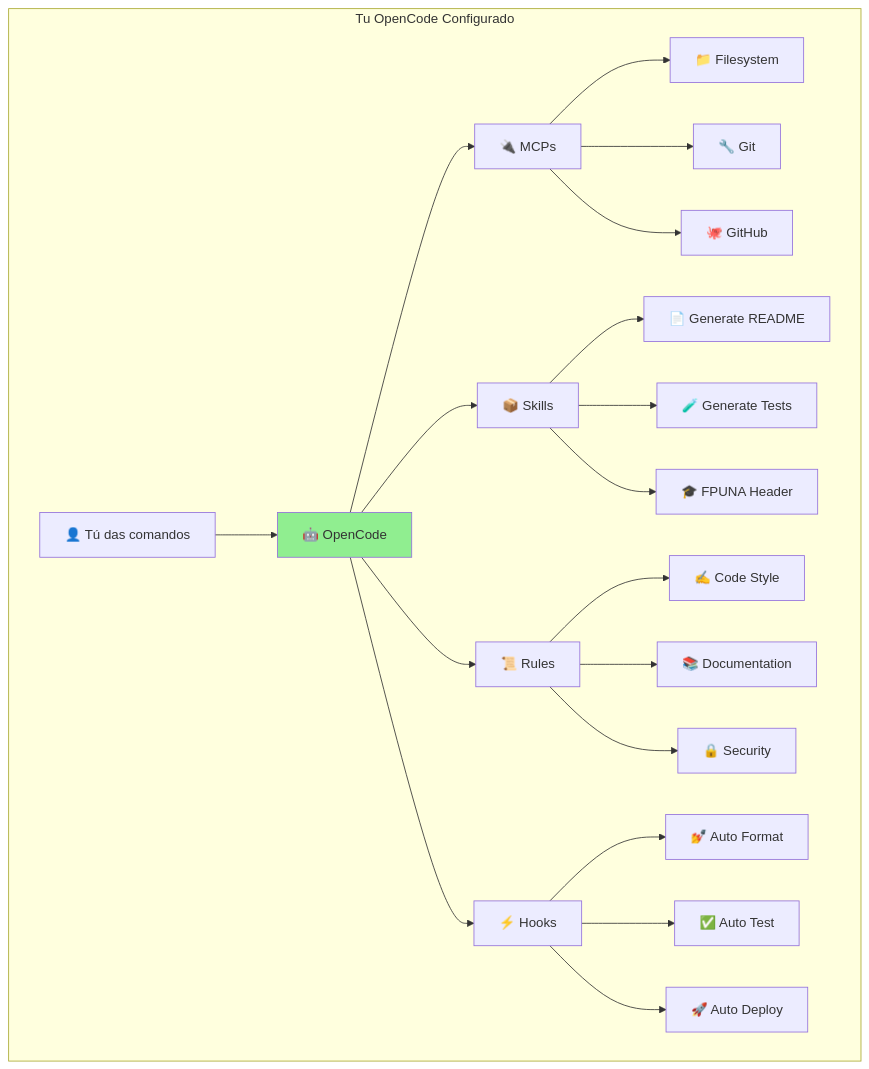
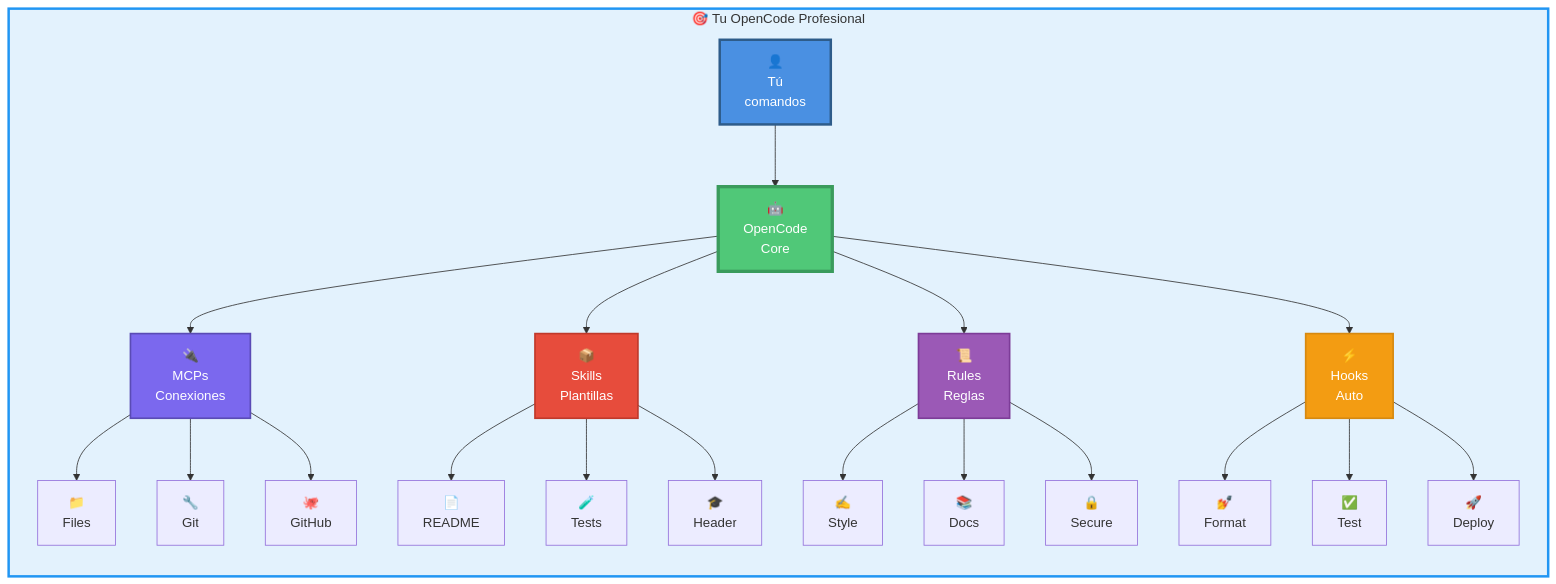
Diagram 12 of 16 in courses/🟡-development/FPUNA-2026/00-FUNDAMENTOS-PRINCIPALES/02-maestria-configuracion.md (Ai-Whisperers/Courses-Content), drawn with Mermaid before and after one commit. The commit also changed other lines of this file, not shown here.

First line of the commit message:
Complete all 15 Mermaid diagrams in 02-maestria-configuracion.md

````diff
--- a/courses/🟡-development/FPUNA-2026/00-FUNDAMENTOS-PRINCIPALES/02-maestria-configuracion.md
+++ b/courses/🟡-development/FPUNA-2026/00-FUNDAMENTOS-PRINCIPALES/02-maestria-configuracion.md
@@ -914,31 +925,36 @@
 ```mermaid
 graph TB
-    subgraph "Tu OpenCode Configurado"
-        User[👤 Tú das comandos]
+    subgraph Setup["🎯 Tu OpenCode Profesional"]
+        direction TB
+        User["👤<br/>Tú<br/>comandos"] --> OC["🤖<br/>OpenCode<br/>Core"]
         
-        User --> OC[🤖 OpenCode]
+        OC --> MCPs["🔌<br/>MCPs<br/>Conexiones"]
+        OC --> Skills["📦<br/>Skills<br/>Plantillas"]
+        OC --> Rules["📜<br/>Rules<br/>Reglas"]
+        OC --> Hooks["⚡<br/>Hooks<br/>Auto"]
         
-        OC --> MCPs[🔌 MCPs]
-        OC --> Skills[📦 Skills]
-        OC --> Rules[📜 Rules]
-        OC --> Hooks[⚡ Hooks]
+        MCPs --> FS["📁<br/>Files"]
+        MCPs --> Git["🔧<br/>Git"]
+        MCPs --> GH["🐙<br/>GitHub"]
         
-        MCPs --> FS[📁 Filesystem]
-        MCPs --> Git[🔧 Git]
-        MCPs --> GH[🐙 GitHub]
+        Skills --> README["📄<br/>README"]
+        Skills --> Tests["🧪<br/>Tests"]
+        Skills --> FPUNA["🎓<br/>Header"]
         
-        Skills --> README[📄 Generate README]
-        Skills --> Tests[🧪 Generate Tests]
-        Skills --> FPUNA[🎓 FPUNA Header]
+        Rules --> Style["✍️<br/>Style"]
+        Rules --> Docs["📚<br/>Docs"]
+        Rules --> Security["🔒<br/>Secure"]
         
-        Rules --> Style[✍️ Code Style]
-        Rules --> Docs[📚 Documentation]
-        Rules --> Security[🔒 Security]
-        
-        Hooks --> Format[💅 Auto Format]
-        Hooks --> TestRun[✅ Auto Test]
-        Hooks --> Deploy[🚀 Auto Deploy]
+        Hooks --> Format["💅<br/>Format"]
+        Hooks --> TestRun["✅<br/>Test"]
+        Hooks --> Deploy["🚀<br/>Deploy"]
     end
     
-    style OC fill:#90EE90
+    style Setup fill:#E3F2FD,stroke:#2196F3,stroke-width:3px
+    style User fill:#4A90E2,stroke:#2E5C8A,stroke-width:3px,color:#fff
+    style OC fill:#50C878,stroke:#3A9B5C,stroke-width:4px,color:#fff
+    style MCPs fill:#7B68EE,stroke:#5A4BB5,stroke-width:2px,color:#fff
+    style Skills fill:#E74C3C,stroke:#C0392B,stroke-width:2px,color:#fff
+    style Rules fill:#9B59B6,stroke:#7D3C98,stroke-width:2px,color:#fff
+    style Hooks fill:#F39C12,stroke:#D68910,stroke-width:2px,color:#fff
 ```
````
